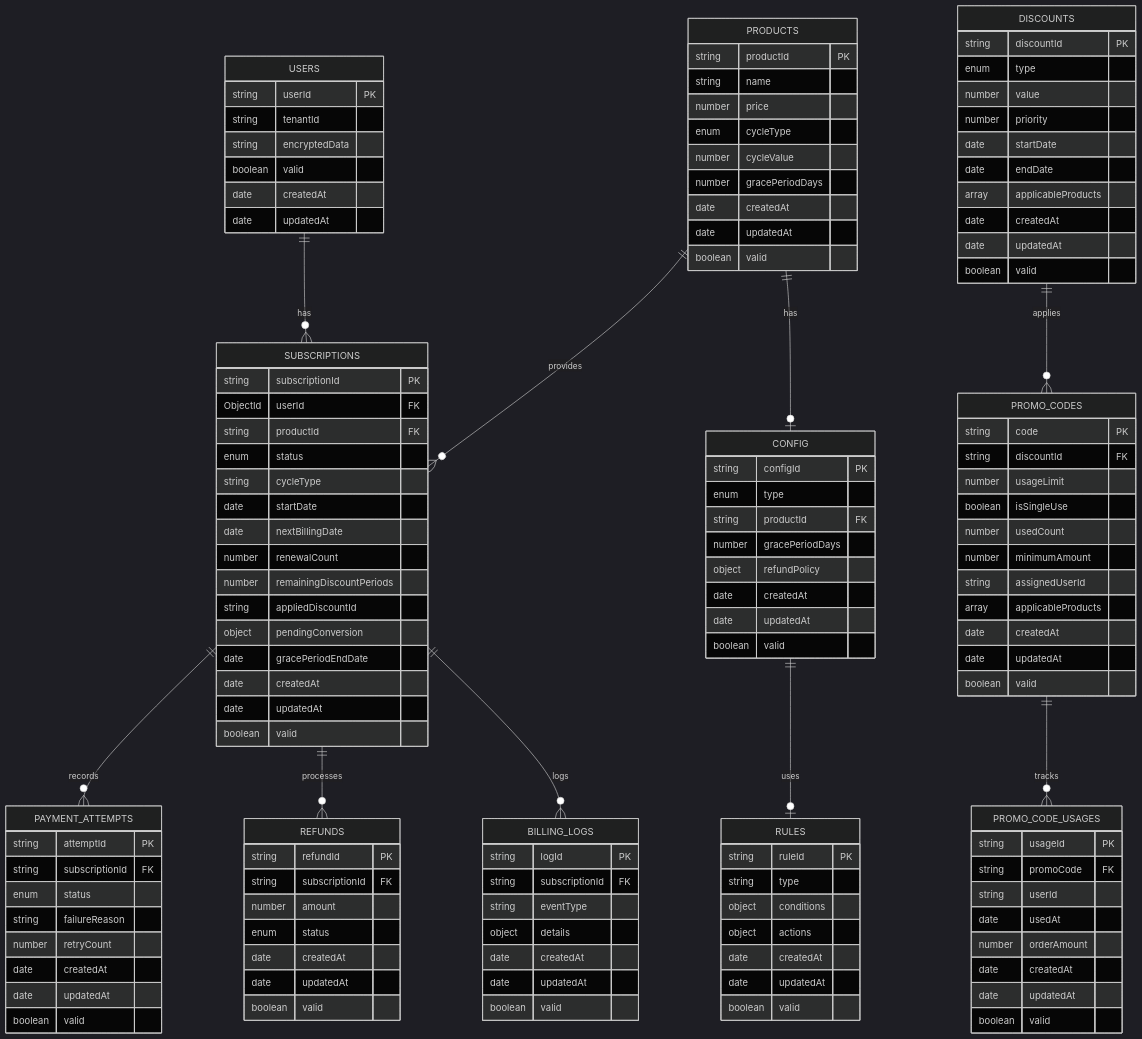
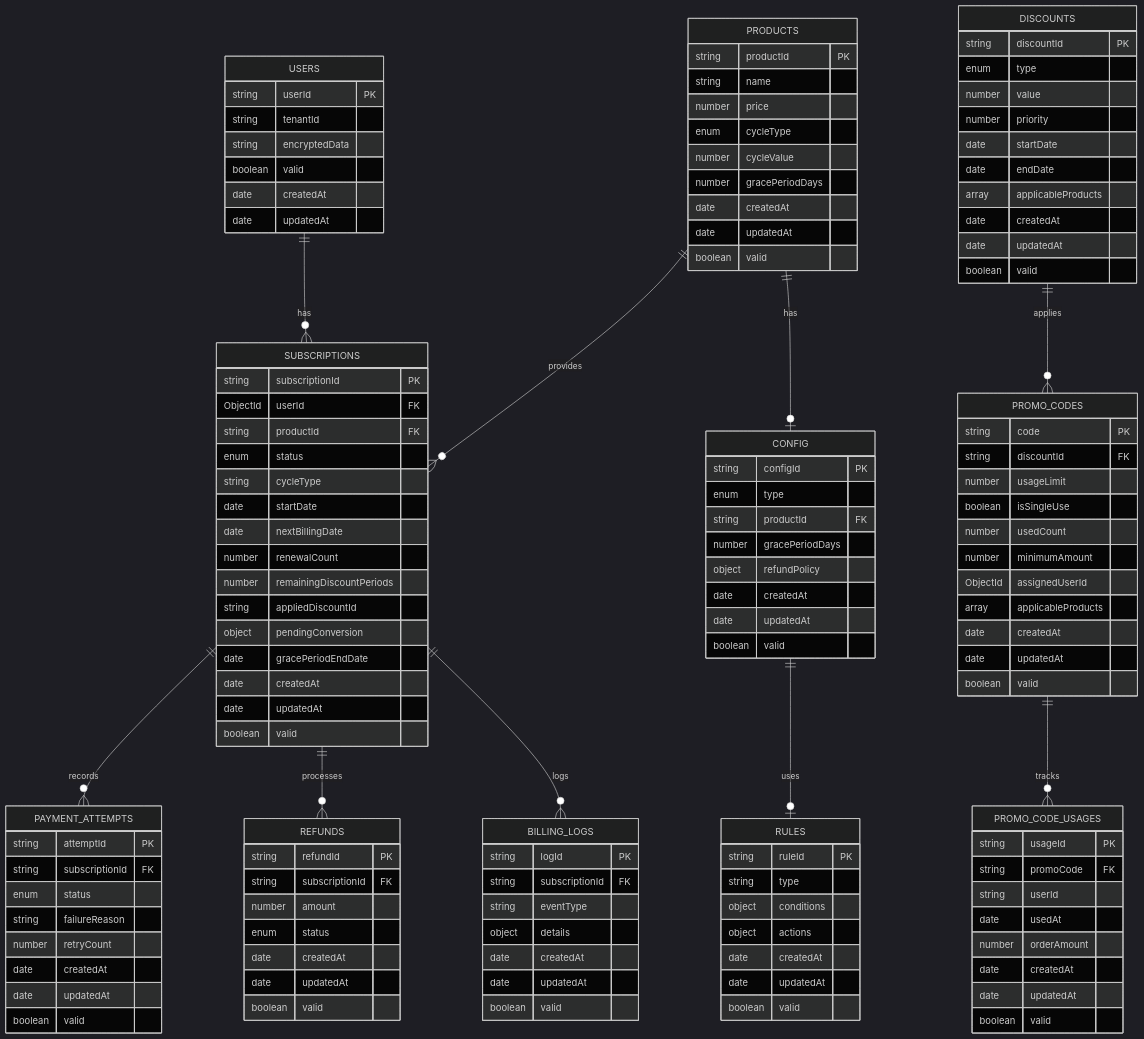
The second of 11 diagrams in docs/docs_0_7/billingBot_v0.7.1_system_design.markdown (xxxhand/auto-billing-bot), drawn with Mermaid (dark theme) before and after one commit. The commit also changed other lines of this file and 9 other files, not shown here.

```diff
--- a/docs/docs_0_7/billingBot_v0.7.1_system_design.markdown
+++ b/docs/docs_0_7/billingBot_v0.7.1_system_design.markdown
@@ -281,7 +281,7 @@
         boolean isSingleUse
         number usedCount
         number minimumAmount
-        string assignedUserId
+        ObjectId assignedUserId
         array applicableProducts
         date createdAt
         date updatedAt
```
